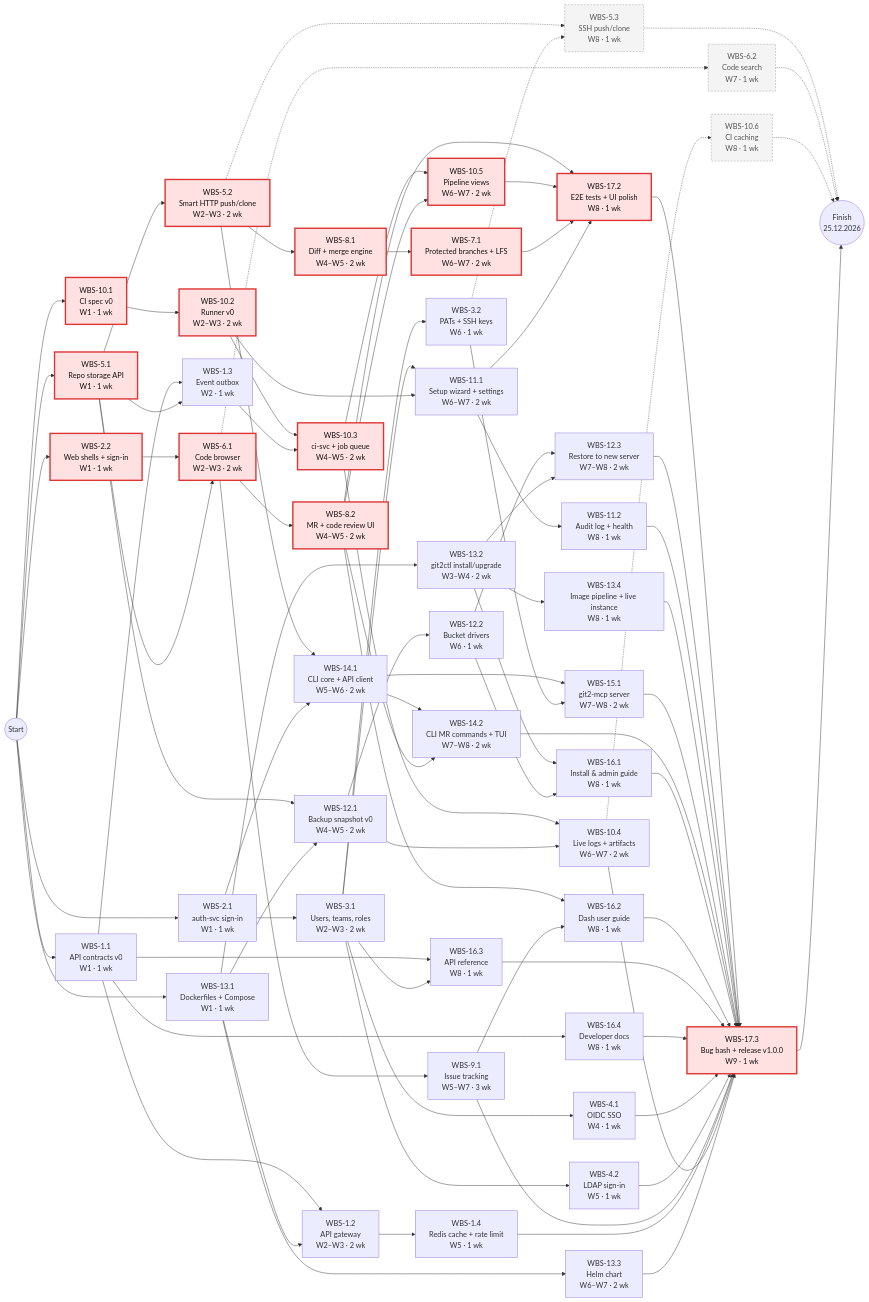
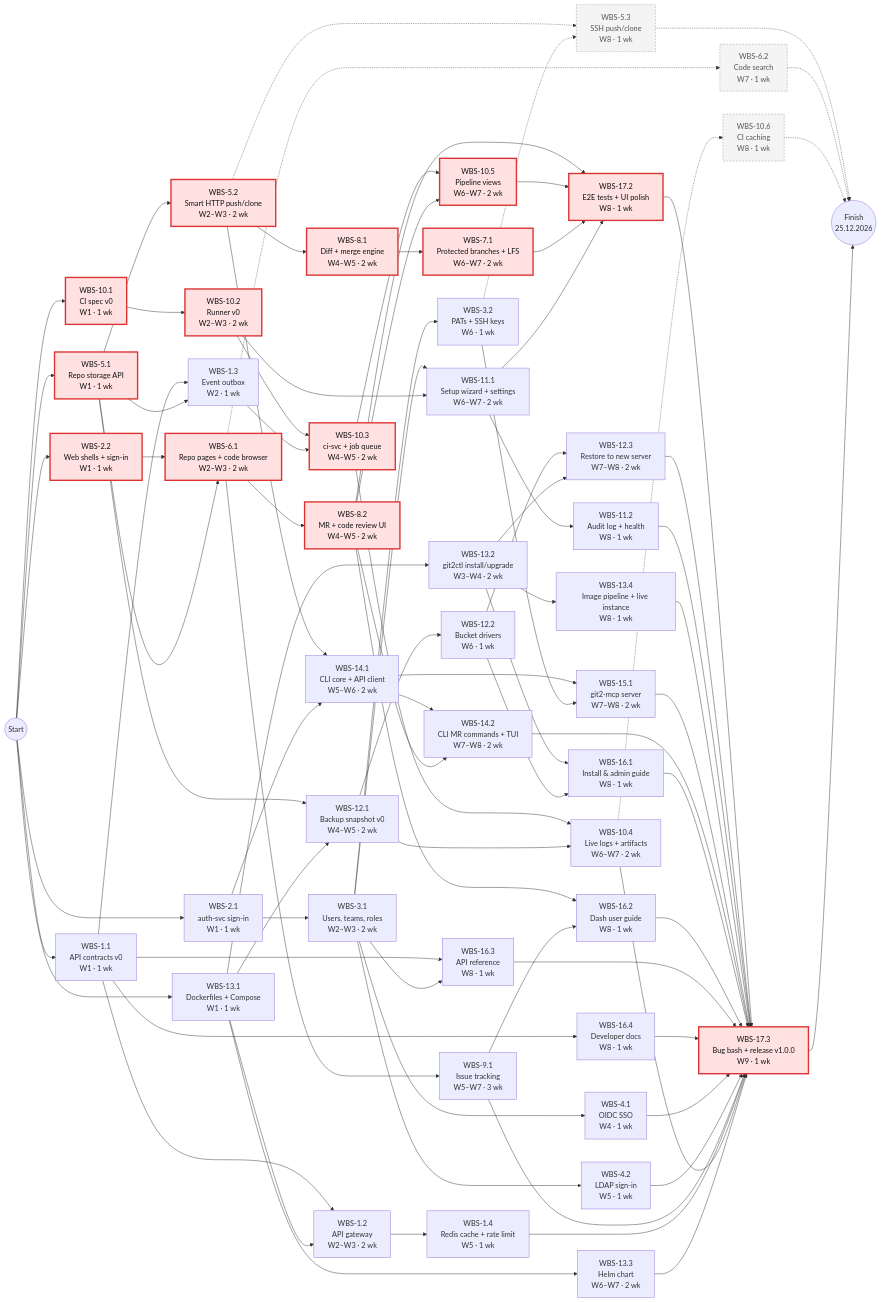
One commit to git2-project/git2 changed the first of 2 diagrams in docs/ProjectPlan.md. Above: the diagram before and after it, drawn with Mermaid. The commit also changed other lines of this file, not shown here.

```diff
--- a/docs/ProjectPlan.md
+++ b/docs/ProjectPlan.md
@@ -412,7 +428,7 @@
     A5_1["WBS-5.1<br/>Repo storage API<br/>W1 · 1 wk"]
     A5_2["WBS-5.2<br/>Smart HTTP push/clone<br/>W2–W3 · 2 wk"]
     A5_3["WBS-5.3<br/>SSH push/clone<br/>W8 · 1 wk"]
-    A6_1["WBS-6.1<br/>Code browser<br/>W2–W3 · 2 wk"]
+    A6_1["WBS-6.1<br/>Repo pages + code browser<br/>W2–W3 · 2 wk"]
     A6_2["WBS-6.2<br/>Code search<br/>W7 · 1 wk"]
     A7_1["WBS-7.1<br/>Protected branches + LFS<br/>W6–W7 · 2 wk"]
     A8_1["WBS-8.1<br/>Diff + merge engine<br/>W4–W5 · 2 wk"]
```
